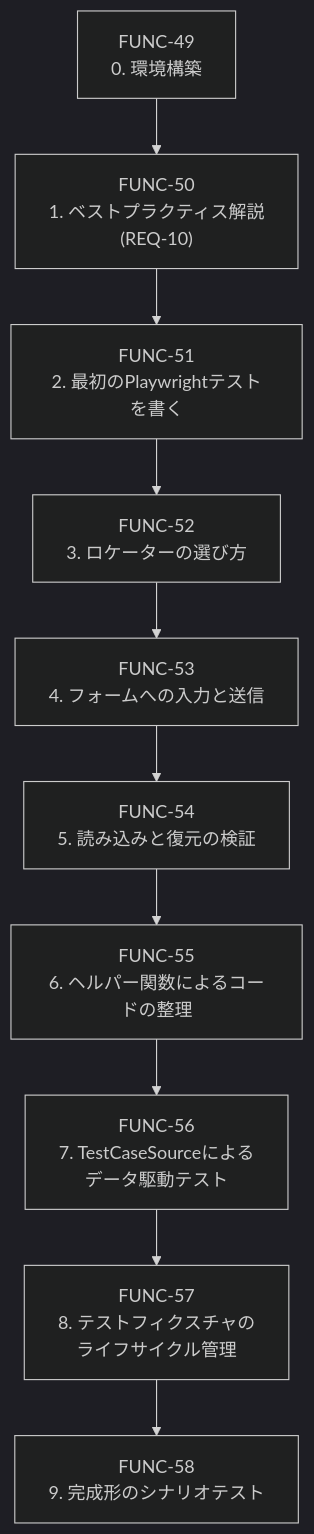
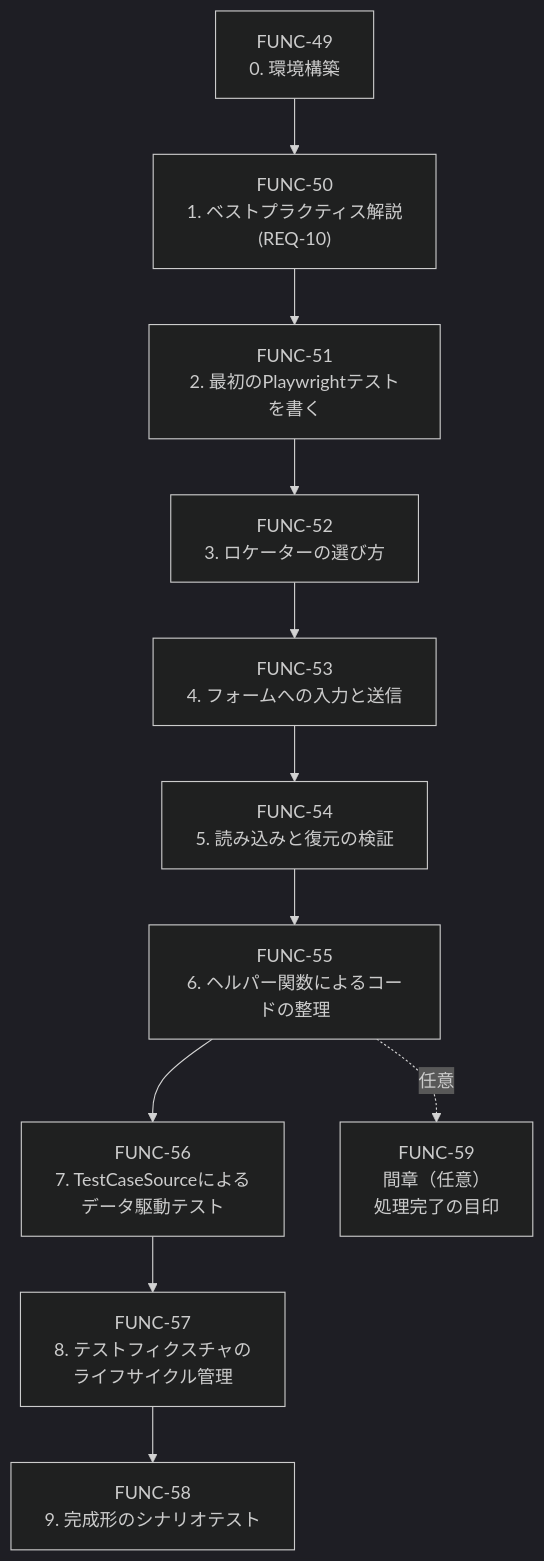
Before and after one commit to SanghunIm1991/learn-playwright-dotnet: the third of 3 diagrams in docs/03_function_design/COMP-06.md, drawn with Mermaid (dark theme). The commit also changed other lines of this file and 13 other files, not shown here.

````diff
--- a/docs/03_function_design/COMP-06.md
+++ b/docs/03_function_design/COMP-06.md
@@ -360,23 +379,25 @@
 ```mermaid
 flowchart TD
     F49["FUNC-49<br/>0. 環境構築"]
     F50["FUNC-50<br/>1. ベストプラクティス解説<br/>(REQ-10)"]
     F51["FUNC-51<br/>2. 最初のPlaywrightテストを書く"]
     F52["FUNC-52<br/>3. ロケーターの選び方"]
     F53["FUNC-53<br/>4. フォームへの入力と送信"]
     F54["FUNC-54<br/>5. 読み込みと復元の検証"]
     F55["FUNC-55<br/>6. ヘルパー関数によるコードの整理"]
     F56["FUNC-56<br/>7. TestCaseSourceによる<br/>データ駆動テスト"]
     F57["FUNC-57<br/>8. テストフィクスチャの<br/>ライフサイクル管理"]
     F58["FUNC-58<br/>9. 完成形のシナリオテスト"]
+    F59["FUNC-59<br/>間章（任意）<br/>処理完了の目印"]
 
     F49 --> F50
     F50 --> F51
     F51 --> F52
     F52 --> F53
     F53 --> F54
     F54 --> F55
     F55 --> F56
     F56 --> F57
     F57 --> F58
+    F55 -.->|任意| F59
 ```
````
